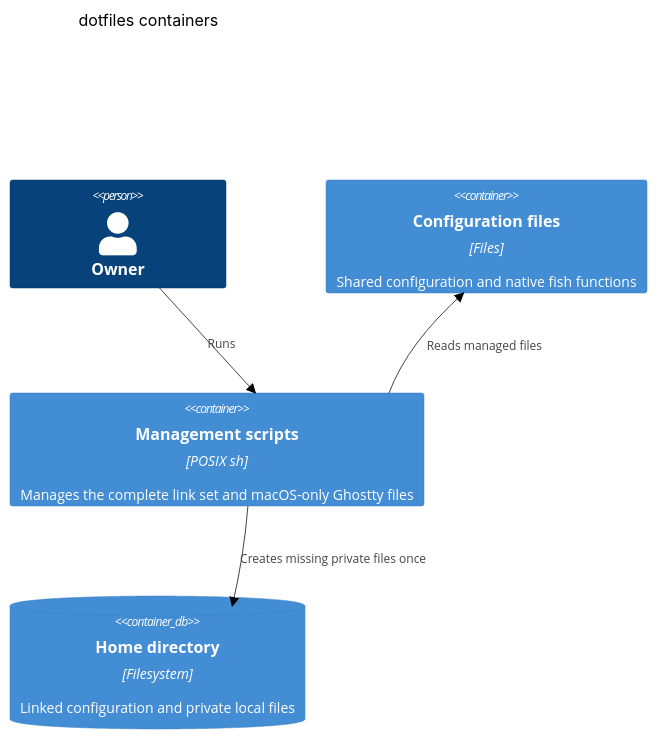
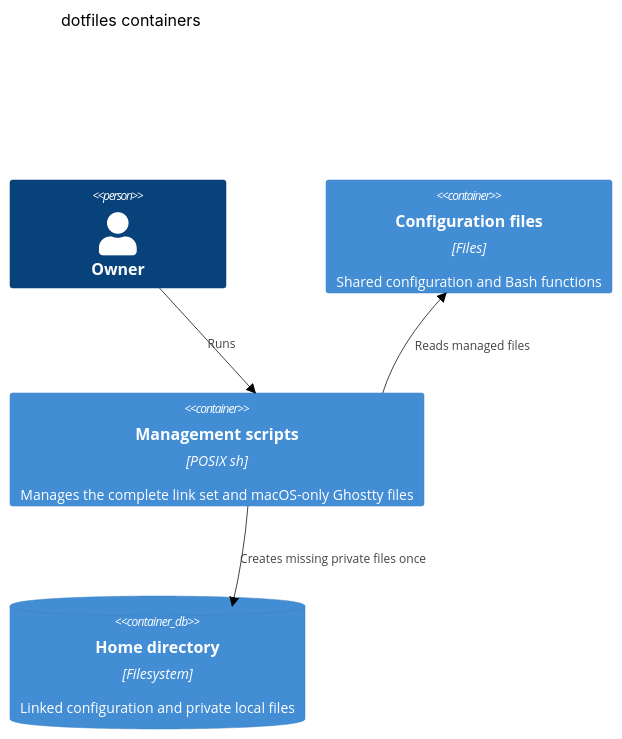
One commit to qi7876/dotfiles changed the diagram in docs/architecture/container.md. Above: the diagram before and after it, drawn with Mermaid (forest theme). The commit also changed other lines of this file and 18 other files, not shown here.

First line of the commit message:
bash: Replace fish with modern Bash 5 configuration (#16)

````diff
--- a/docs/architecture/container.md
+++ b/docs/architecture/container.md
@@ -3,13 +3,13 @@
 ```mermaid
 C4Container
     title dotfiles containers
     Person(owner, "Owner")
-    Container(repo, "Configuration files", "Files", "Shared configuration and native fish functions")
+    Container(repo, "Configuration files", "Files", "Shared configuration and Bash functions")
     Container(scripts, "Management scripts", "POSIX sh", "Manages the complete link set and macOS-only Ghostty files")
     ContainerDb(home, "Home directory", "Filesystem", "Linked configuration and private local files")
 
     Rel(owner, scripts, "Runs")
     Rel(scripts, repo, "Reads managed files")
     Rel(scripts, home, "Creates directories and file links")
     Rel(scripts, home, "Creates missing private files once")
 ```
````
